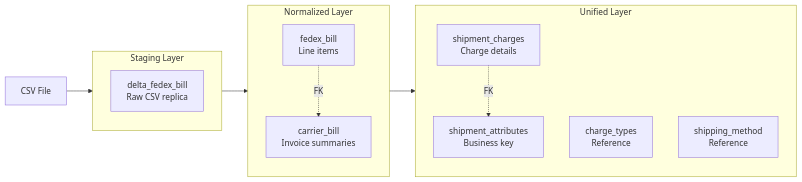
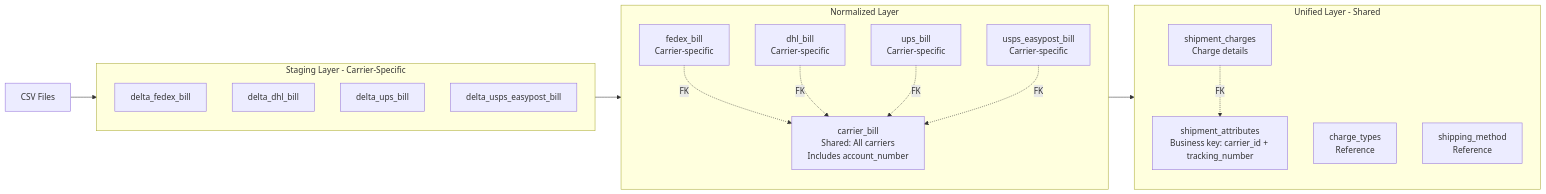
Before and after one commit to Rajatbox/ADF_bill_ingestion: the third of 3 diagrams in architecture.md, drawn with Mermaid. The commit also changed other lines of this file and 7 other files, not shown here.

Commit message:
Added account number to carrier_bill

````diff
--- a/architecture.md
+++ b/architecture.md
@@ -301,25 +510,34 @@
 ```mermaid
 flowchart LR
-    CSV[CSV File] --> Staging[Staging Layer]
+    CSV[CSV Files] --> Staging[Staging Layer]
     Staging --> Normalized[Normalized Layer]
     Normalized --> Unified[Unified Layer]
     
-    subgraph Staging [Staging Layer]
-        DeltaFedex[delta_fedex_bill<br/>Raw CSV replica]
+    subgraph Staging [Staging Layer - Carrier-Specific]
+        DeltaFedex[delta_fedex_bill]
+        DeltaDHL[delta_dhl_bill]
+        DeltaUPS[delta_ups_bill]
+        DeltaUSPS[delta_usps_easypost_bill]
     end
     
     subgraph Normalized [Normalized Layer]
-        CarrierBill[carrier_bill<br/>Invoice summaries]
-        FedexBill[fedex_bill<br/>Line items]
+        CarrierBill[carrier_bill<br/>Shared: All carriers<br/>Includes account_number]
+        FedexBill[fedex_bill<br/>Carrier-specific]
+        DHLBill[dhl_bill<br/>Carrier-specific]
+        UPSBill[ups_bill<br/>Carrier-specific]
+        USPSBill[usps_easypost_bill<br/>Carrier-specific]
     end
     
-    subgraph Unified [Unified Layer]
-        ShipmentAttr[shipment_attributes<br/>Business key]
+    subgraph Unified [Unified Layer - Shared]
+        ShipmentAttr[shipment_attributes<br/>Business key: carrier_id + tracking_number]
         ShipmentCharges[shipment_charges<br/>Charge details]
         ChargeTypes[charge_types<br/>Reference]
         ShippingMethod[shipping_method<br/>Reference]
     end
     
     FedexBill -.FK.-> CarrierBill
+    DHLBill -.FK.-> CarrierBill
+    UPSBill -.FK.-> CarrierBill
+    USPSBill -.FK.-> CarrierBill
     ShipmentCharges -.FK.-> ShipmentAttr
 ```
````
